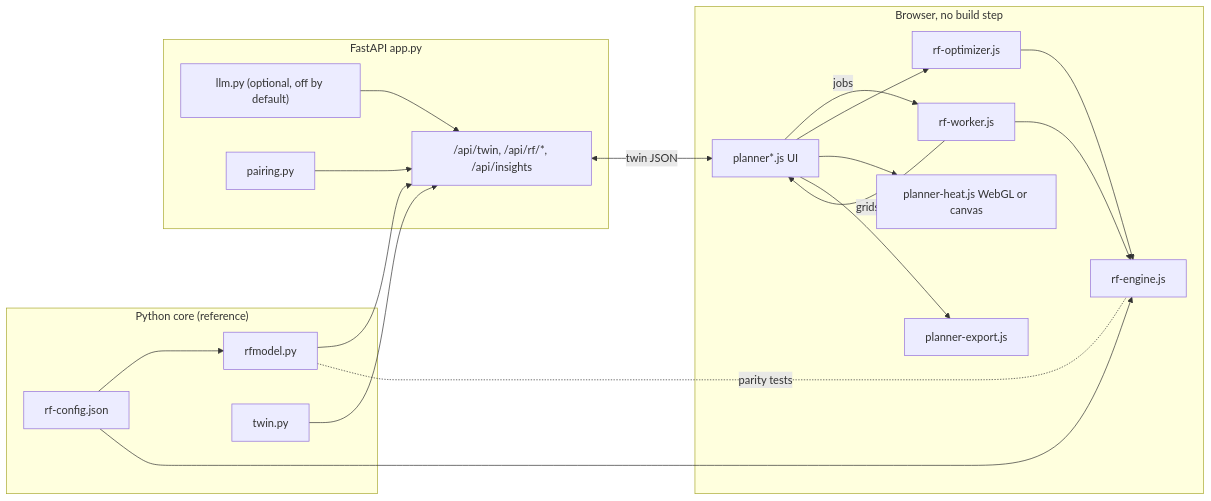
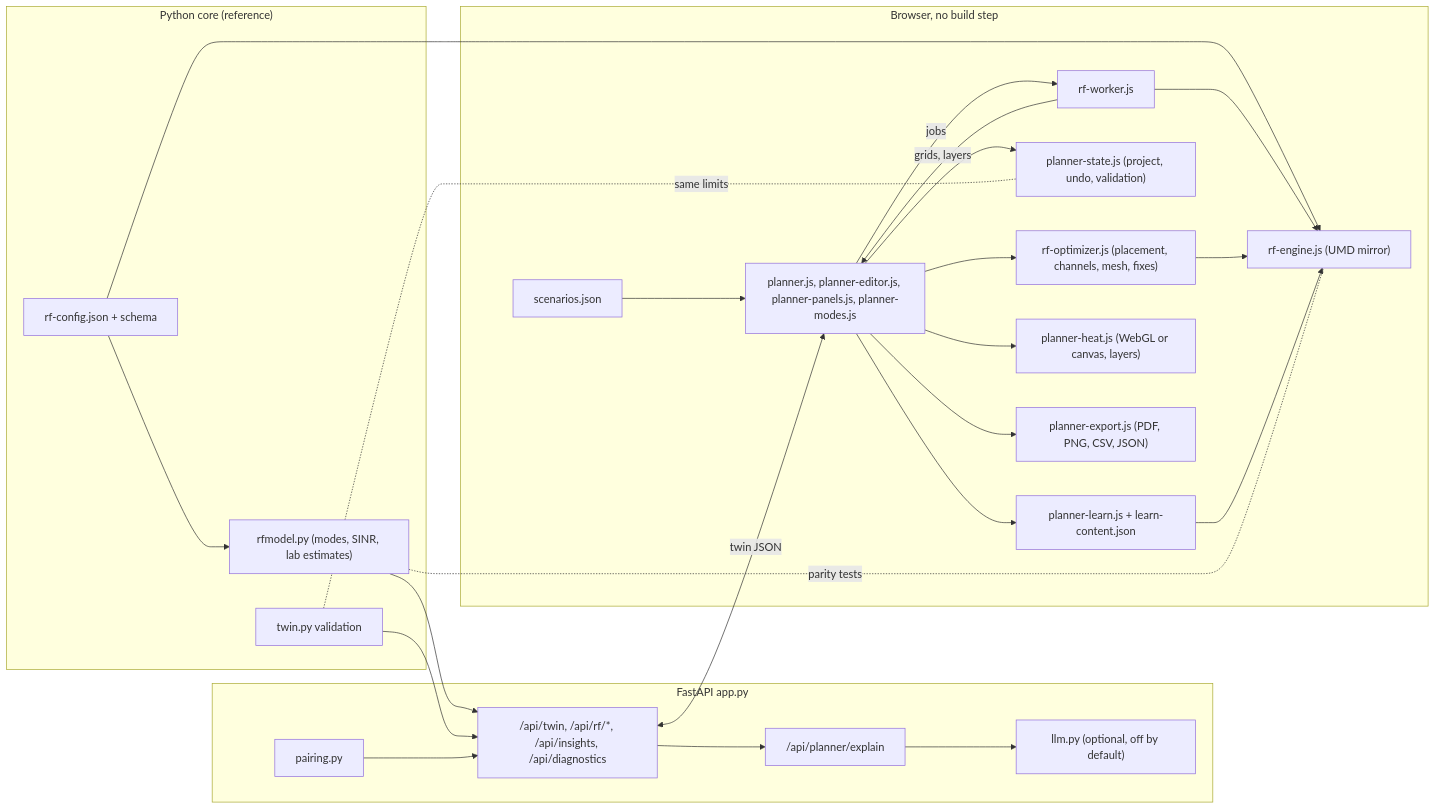
One commit to MiChaelinzo/irl-wallhack changed the first of 2 diagrams in docs/platform/03-architecture.md. Above: the diagram before and after it, drawn with Mermaid. The commit also changed other lines of this file and 43 other files, not shown here.

Commit message:
docs: RF lab status table, CONTRIBUTING, architecture, methodology, optimization guide, regenerated screenshots

````diff
--- a/docs/platform/03-architecture.md
+++ b/docs/platform/03-architecture.md
@@ -5,36 +5,46 @@
 ```mermaid
 flowchart LR
   subgraph Core["Python core (reference)"]
-    CFG[rf-config.json]
-    RFM[rfmodel.py]
-    TWN[twin.py]
+    CFG[rf-config.json + schema]
+    RFM["rfmodel.py (modes, SINR, lab estimates)"]
+    TWN[twin.py validation]
   end
   subgraph Server["FastAPI app.py"]
-    API["/api/twin, /api/rf/*, /api/insights"]
+    API["/api/twin, /api/rf/*, /api/insights, /api/diagnostics"]
+    EXPL["/api/planner/explain"]
     LLM["llm.py (optional, off by default)"]
     PAIR[pairing.py]
   end
   subgraph Browser["Browser, no build step"]
-    ENG[rf-engine.js]
+    ENG["rf-engine.js (UMD mirror)"]
     WRK[rf-worker.js]
-    OPT[rf-optimizer.js]
-    UI["planner*.js UI"]
-    HEAT[planner-heat.js WebGL or canvas]
-    EXP[planner-export.js]
+    OPT["rf-optimizer.js (placement, channels, mesh, fixes)"]
+    STATE["planner-state.js (project, undo, validation)"]
+    UI["planner.js, planner-editor.js, planner-panels.js, planner-modes.js"]
+    LEARN["planner-learn.js + learn-content.json"]
+    SCN[scenarios.json]
+    HEAT["planner-heat.js (WebGL or canvas, layers)"]
+    EXP["planner-export.js (PDF, PNG, CSV, JSON)"]
   end
   CFG --> RFM
   CFG --> ENG
   RFM --> API
   TWN --> API
-  LLM --> API
+  API --> EXPL
+  EXPL --> LLM
   PAIR --> API
   API <-->|twin JSON| UI
+  UI --> STATE
+  SCN --> UI
   UI -->|jobs| WRK
   WRK --> ENG
   OPT --> ENG
   UI --> OPT
-  WRK -->|grids| UI
+  UI --> LEARN
+  LEARN --> ENG
+  WRK -->|grids, layers| UI
   UI --> HEAT
   UI --> EXP
   RFM -. parity tests .- ENG
+  TWN -. same limits .- STATE
 ```
````
